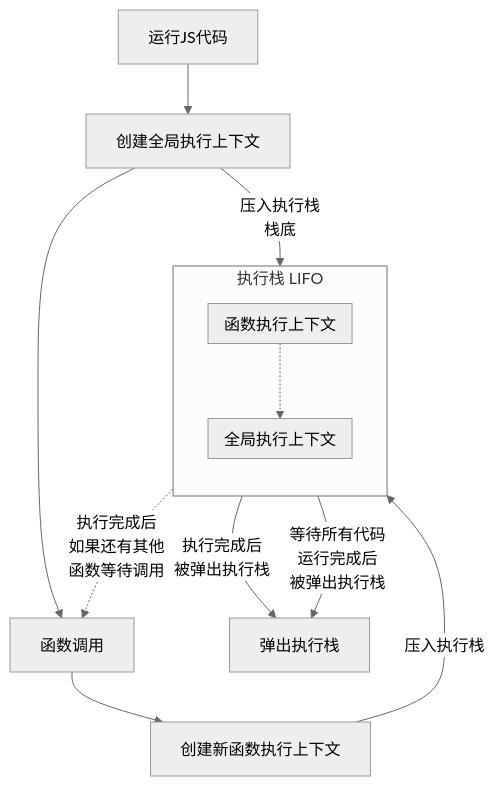
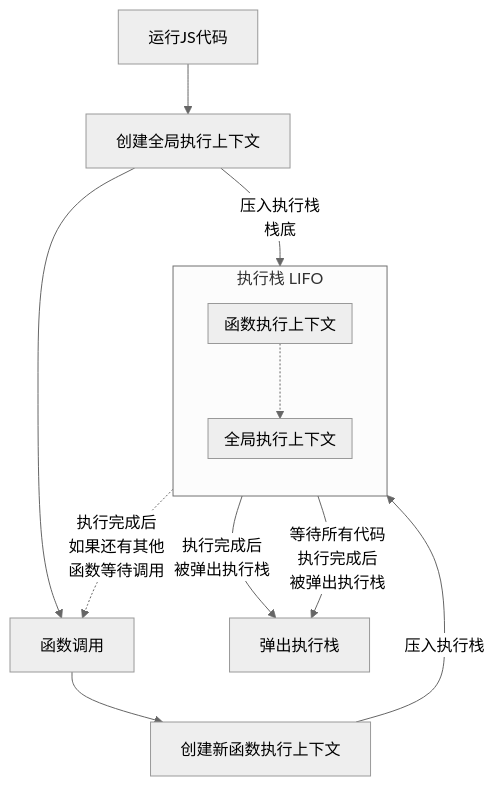
Before and after one commit to wzCoding/blog: the diagram in docs/blog-js/10.md, drawn with Mermaid (neutral theme). The commit also changed other lines of this file and 3 other files, not shown here.

````diff
--- a/docs/blog-js/10.md
+++ b/docs/blog-js/10.md
@@ -167,20 +172,20 @@
 ```mermaid
 graph TB
 subgraph 执行栈 LIFO
 direction TB
   subgraph 全局执行上下文
   end
   subgraph 函数执行上下文
   end
 end
 
 运行JS代码-->创建全局执行上下文
 创建全局执行上下文--压入执行栈<br>栈底-->全局执行上下文
 创建全局执行上下文-->函数调用
 函数调用-->创建新函数执行上下文
 创建新函数执行上下文--压入执行栈-->函数执行上下文
 函数执行上下文-.->全局执行上下文
 函数执行上下文-.执行完成后<br>如果还有其他<br>函数等待调用.->函数调用
 函数执行上下文--执行完成后<br>被弹出执行栈-->弹出执行栈
-全局执行上下文--等待所有代码<br>运行完成后<br>被弹出执行栈-->弹出执行栈
+全局执行上下文--等待所有代码<br>执行完成后<br>被弹出执行栈-->弹出执行栈
 ```
````
